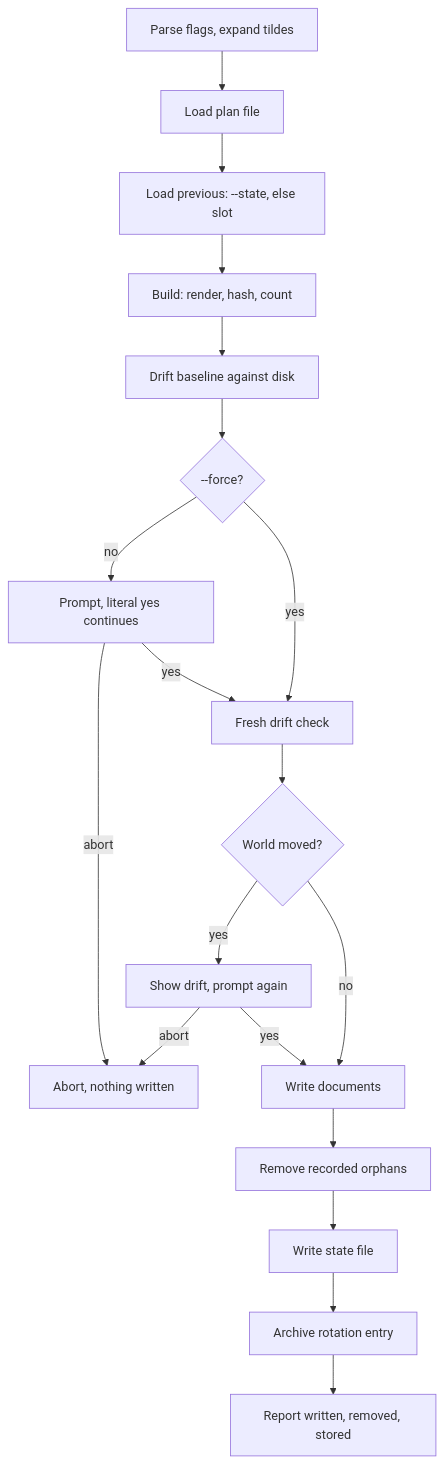
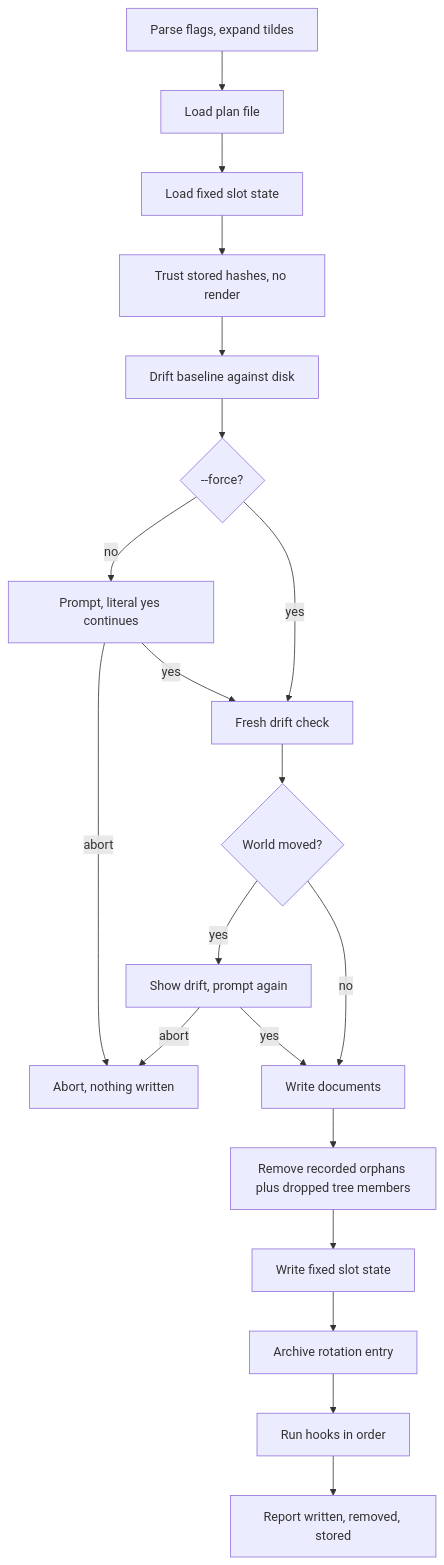
One commit to SolracHQ/confit changed the diagram in docs/flows/apply-plan.md. Above: the diagram before and after it, drawn with Mermaid. The commit also changed other lines of this file and 83 other files, not shown here.

````diff
--- a/docs/flows/apply-plan.md
+++ b/docs/flows/apply-plan.md
@@ -6,21 +6,22 @@
 ```mermaid
 flowchart TD
     A["Parse flags, expand tildes"] --> B["Load plan file"]
-    B --> C["Load previous: --state, else slot"]
-    C --> D["Build: render, hash, count"]
+    B --> C["Load fixed slot state"]
+    C --> D["Trust stored hashes, no render"]
     D --> E["Drift baseline against disk"]
     E --> F{"--force?"}
     F -- no --> G["Prompt, literal yes continues"]
     F -- yes --> H["Fresh drift check"]
     G -- abort --> Z["Abort, nothing written"]
     G -- yes --> H
     H --> I{"World moved?"}
     I -- yes --> J["Show drift, prompt again"]
     I -- no --> K["Write documents"]
     J -- abort --> Z
     J -- yes --> K
-    K --> L["Remove recorded orphans"]
-    L --> N["Write state file"]
+    K --> L["Remove recorded orphans plus dropped tree members"]
+    L --> N["Write fixed slot state"]
     N --> O["Archive rotation entry"]
-    O --> P["Report written, removed, stored"]
+    O --> P["Run hooks in order"]
+    P --> Q["Report written, removed, stored"]
 ```
````
